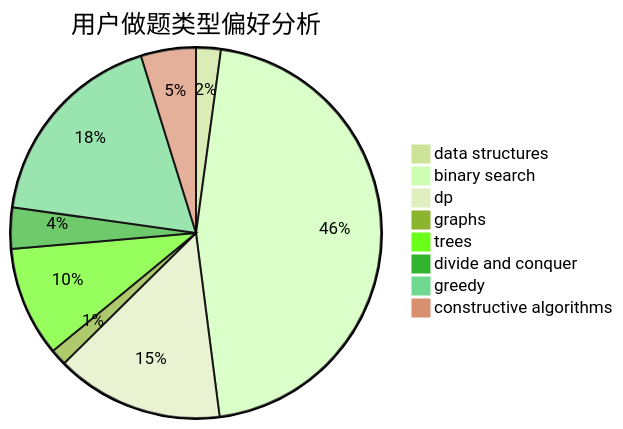
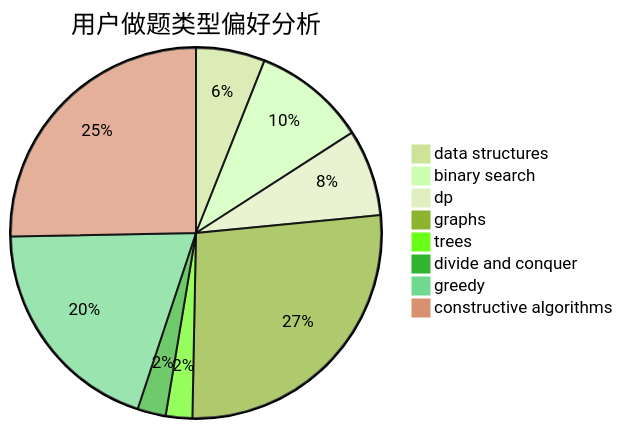
The second of 3 diagrams in docs/user/u515.md (sherpahu/cfrs.github.io), drawn with Mermaid (forest theme) before and after one commit. The commit also changed other lines of this file and 2770 other files, not shown here.

````diff
--- a/docs/user/u515.md
+++ b/docs/user/u515.md
@@ -23,11 +23,11 @@
 ```mermaid
 pie title 用户做题类型偏好分析
-    "data structures" :  9
-    "binary search" :  191
-    "dp" :  61
-    "graphs" :  6
-    "trees" :  40
-    "divide and conquer" :  15
-    "greedy" :  75
-    "constructive algorithms" :  20
+    "data structures" :  39
+    "binary search" :  64
+    "dp" :  49
+    "graphs" :  174
+    "trees" :  15
+    "divide and conquer" :  16
+    "greedy" :  127
+    "constructive algorithms" :  164
 ```
````
